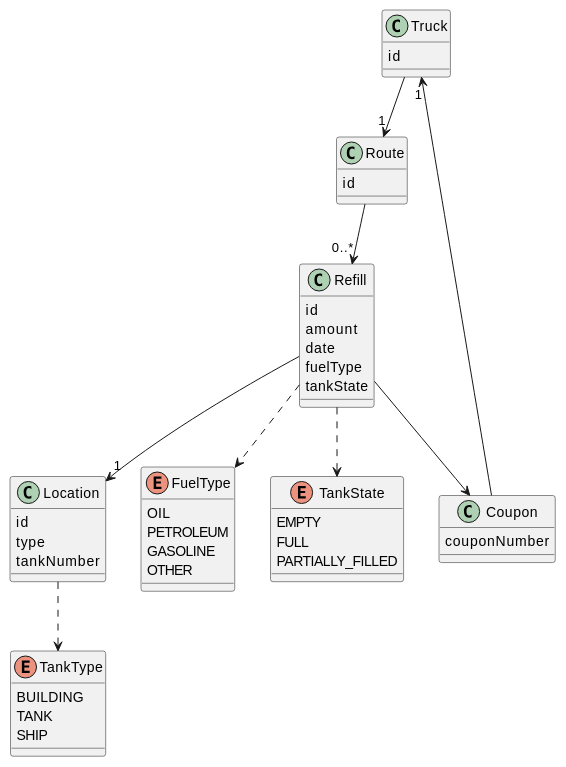
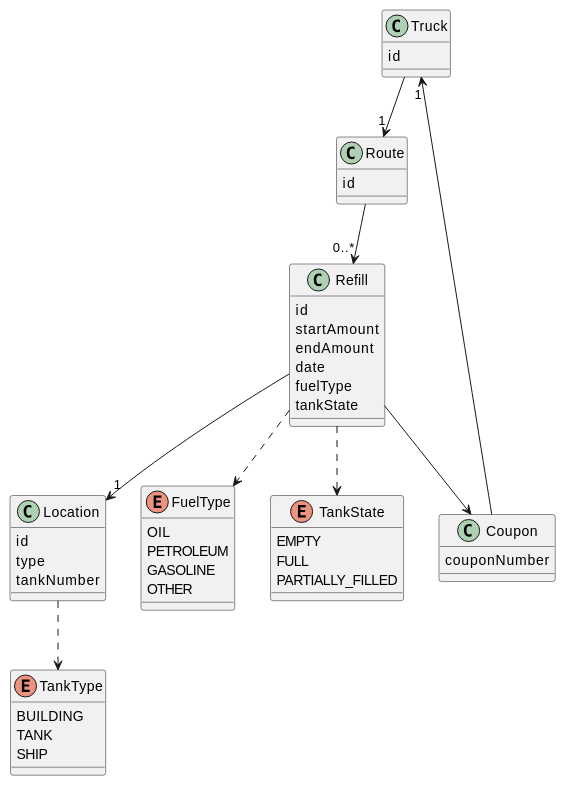
One commit to IT-Minds/client_comby_oilcontrols changed the diagram in docs/entity-datamodel.md. Above: the diagram before and after it, drawn with PlantUML. The commit also changed 4 other files, not shown here.

````diff
--- a/docs/entity-datamodel.md
+++ b/docs/entity-datamodel.md
@@ -5,58 +5,59 @@
 ```plantuml
 @startuml
 class Truck {
   id
 }
 
 class Route {
   id
 }
 
 class Location {
   id
   type
   tankNumber
 }
 
 class Refill {
   id
-  amount
+  startAmount
+  endAmount
   date
   fuelType
   tankState
 }
 
 enum FuelType {
   OIL
   PETROLEUM
   GASOLINE
   OTHER
 }
 
 enum TankType {
   BUILDING
   TANK
   SHIP
 }
 
 enum TankState {
   EMPTY
   FULL
   PARTIALLY_FILLED
 }
 
 class Coupon {
   couponNumber
 }
 
 Truck --> "1" Route
 Route --> "0..*" Refill
 Refill --> "1" Location
 Refill --> Coupon
 Refill ..> FuelType
 Location ..> TankType
 Refill ..> TankState
 Truck "1" <-- Coupon
 @enduml
 
 ```
````
